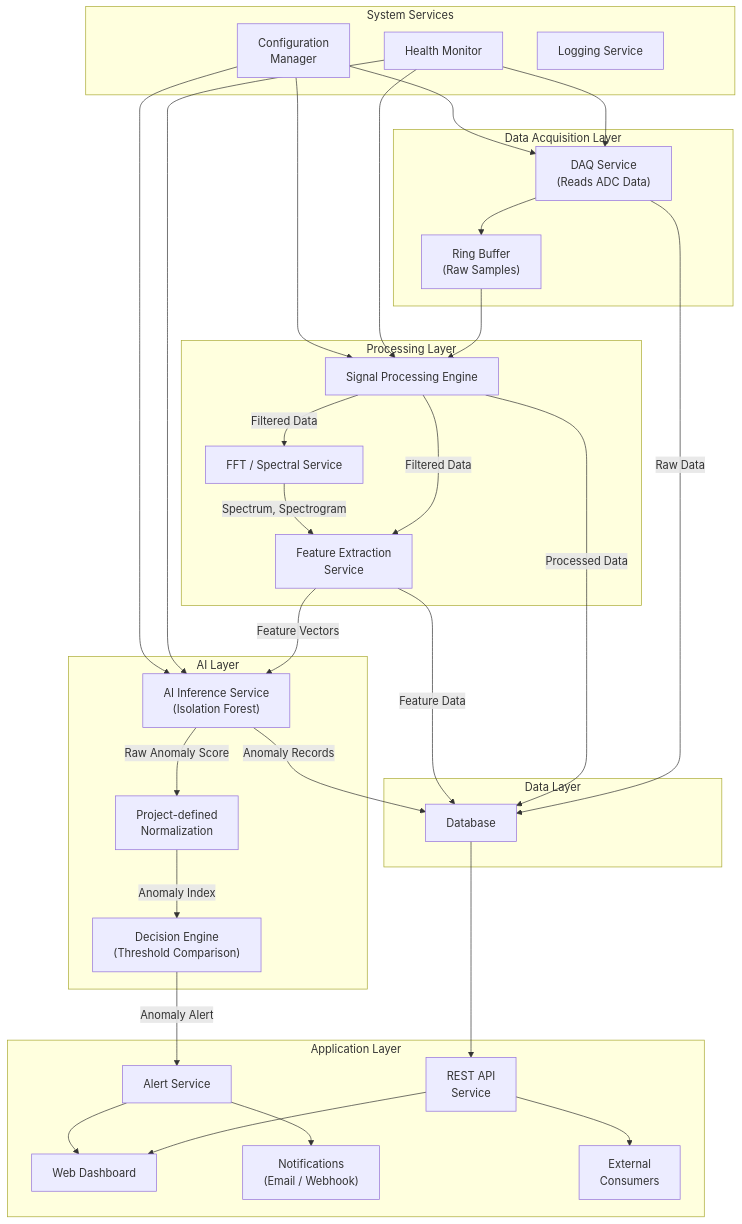
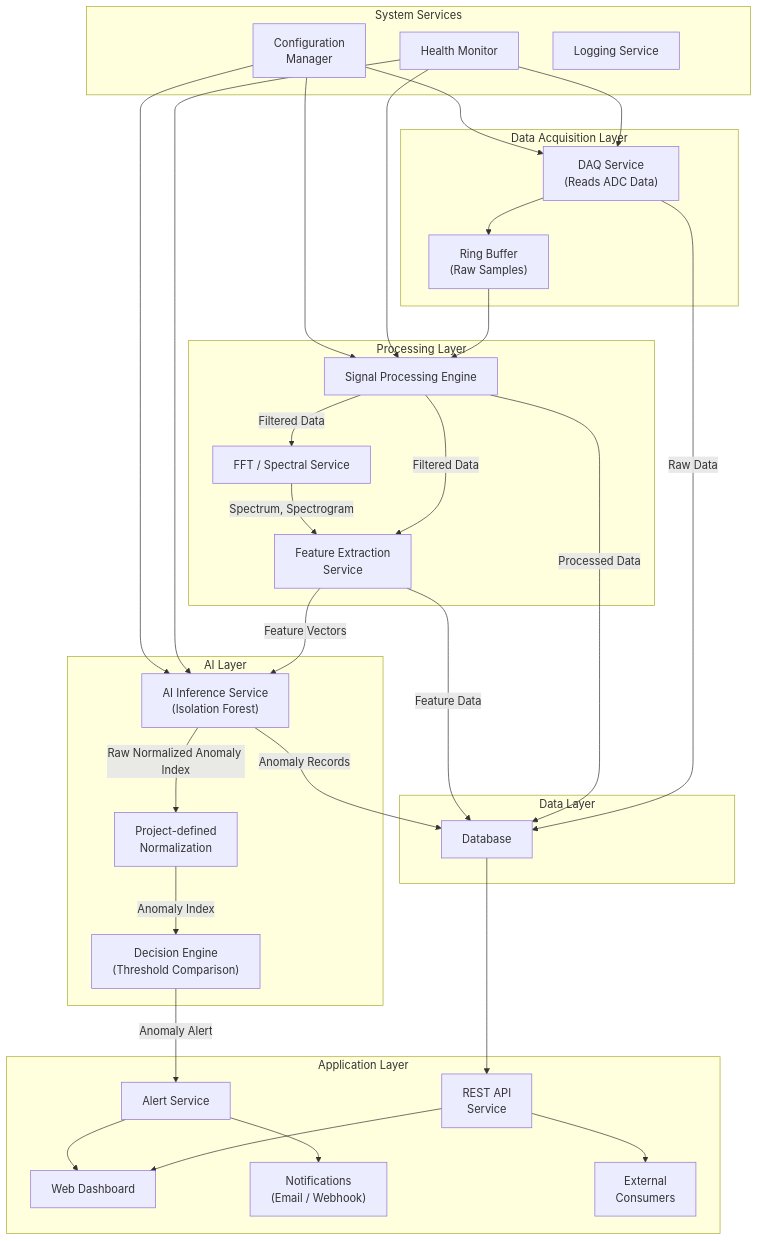
One commit to akhilsoigama/infra_socket changed the diagram in 02-system-architecture/software-architecture.md. Above: the diagram before and after it, drawn with Mermaid. The commit also changed other lines of this file and 43 other files, not shown here.

````diff
--- a/02-system-architecture/software-architecture.md
+++ b/02-system-architecture/software-architecture.md
@@ -5,49 +5,49 @@
 ```mermaid
 flowchart TD
     subgraph ACQUISITION["Data Acquisition Layer"]
         DAQ["DAQ Service\n(Reads ADC Data)"]
         DAQ --> BUFFER["Ring Buffer\n(Raw Samples)"]
     end
 
     subgraph PROCESSING["Processing Layer"]
         BUFFER --> SP["Signal Processing Engine"]
         SP --> |"Filtered Data"| FFT_SVC["FFT / Spectral Service"]
         SP --> |"Filtered Data"| FE["Feature Extraction\nService"]
         FFT_SVC --> |"Spectrum, Spectrogram"| FE
     end
 
     subgraph AI_LAYER["AI Layer"]
         FE -->|"Feature Vectors"| INFERENCE["AI Inference Service\n(Isolation Forest)"]
-        INFERENCE -->|"Raw Anomaly Score"| NORMALIZE["Project-defined\nNormalization"]
+        INFERENCE -->|"Raw Normalized Anomaly Index"| NORMALIZE["Project-defined\nNormalization"]
         NORMALIZE -->|"Anomaly Index"| DECISION["Decision Engine\n(Threshold Comparison)"]
     end
 
     subgraph DATA_LAYER["Data Layer"]
         DAQ --> |"Raw Data"| DB["Database"]
         SP --> |"Processed Data"| DB
         FE --> |"Feature Data"| DB
         INFERENCE --> |"Anomaly Records"| DB
     end
 
     subgraph APPLICATION["Application Layer"]
         DB --> API["REST API\nService"]
         API --> DASH["Web Dashboard"]
         DECISION --> |"Anomaly Alert"| ALERT["Alert Service"]
         ALERT --> DASH
         ALERT --> NOTIFY["Notifications\n(Email / Webhook)"]
         API --> EXTERNAL["External\nConsumers"]
     end
 
     subgraph SYSTEM["System Services"]
         HEALTH["Health Monitor"]
         CONFIG["Configuration\nManager"]
         LOG["Logging Service"]
     end
 
     HEALTH --> DAQ
     HEALTH --> SP
     HEALTH --> INFERENCE
     CONFIG --> DAQ
     CONFIG --> SP
     CONFIG --> INFERENCE
 ```
````
